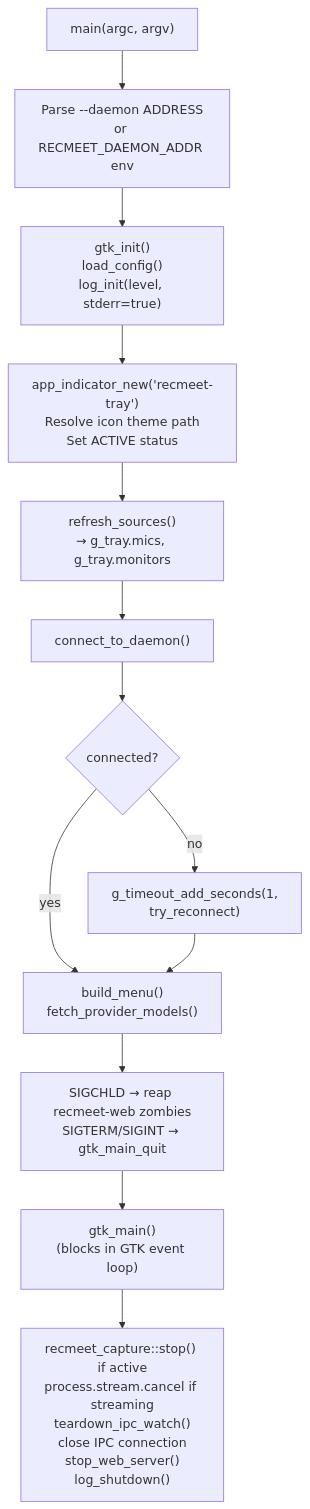
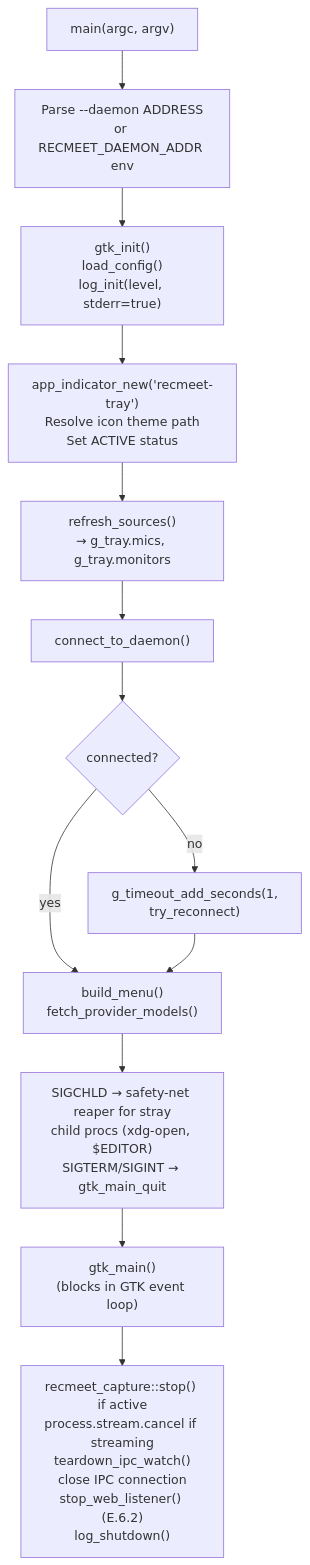
Diagram 18 of 34 in docs/COMPONENT-DIAGRAMS.md (suykerbuyk/recmeet), drawn with Mermaid before and after one commit. The commit also changed other lines of this file and 19 other files, not shown here.

````diff
--- a/docs/COMPONENT-DIAGRAMS.md
+++ b/docs/COMPONENT-DIAGRAMS.md
@@ -1034,21 +1031,21 @@
 ```mermaid
 flowchart TD
     MAIN["main(argc, argv)"]
     PARSE["Parse --daemon ADDRESS<br/>or RECMEET_DAEMON_ADDR env"]
     INIT["gtk_init()<br/>load_config()<br/>log_init(level, stderr=true)"]
     INDICATOR["app_indicator_new('recmeet-tray')<br/>Resolve icon theme path<br/>Set ACTIVE status"]
     SOURCES["refresh_sources()<br/>→ g_tray.mics, g_tray.monitors"]
     CONNECT["connect_to_daemon()"]
     CONNECT_OK{connected?}
     MENU["build_menu()<br/>fetch_provider_models()"]
-    SIGNALS["SIGCHLD → reap recmeet-web zombies<br/>SIGTERM/SIGINT → gtk_main_quit"]
+    SIGNALS["SIGCHLD → safety-net reaper for stray<br/>child procs (xdg-open, $EDITOR)<br/>SIGTERM/SIGINT → gtk_main_quit"]
     GTK_MAIN["gtk_main()<br/>(blocks in GTK event loop)"]
-    CLEANUP["recmeet_capture::stop() if active<br/>process.stream.cancel if streaming<br/>teardown_ipc_watch()<br/>close IPC connection<br/>stop_web_server()<br/>log_shutdown()"]
+    CLEANUP["recmeet_capture::stop() if active<br/>process.stream.cancel if streaming<br/>teardown_ipc_watch()<br/>close IPC connection<br/>stop_web_listener() (E.6.2)<br/>log_shutdown()"]
 
     MAIN --> PARSE --> INIT --> INDICATOR --> SOURCES --> CONNECT
     CONNECT --> CONNECT_OK
     CONNECT_OK -->|"yes"| MENU
     CONNECT_OK -->|"no"| RECONNECT_SCHED["g_timeout_add_seconds(1,<br/>try_reconnect)"]
     RECONNECT_SCHED --> MENU
     MENU --> SIGNALS --> GTK_MAIN --> CLEANUP
 ```
````
